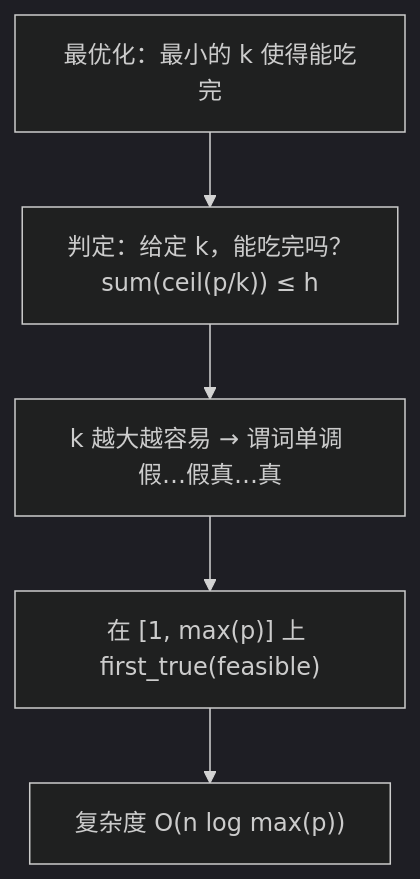
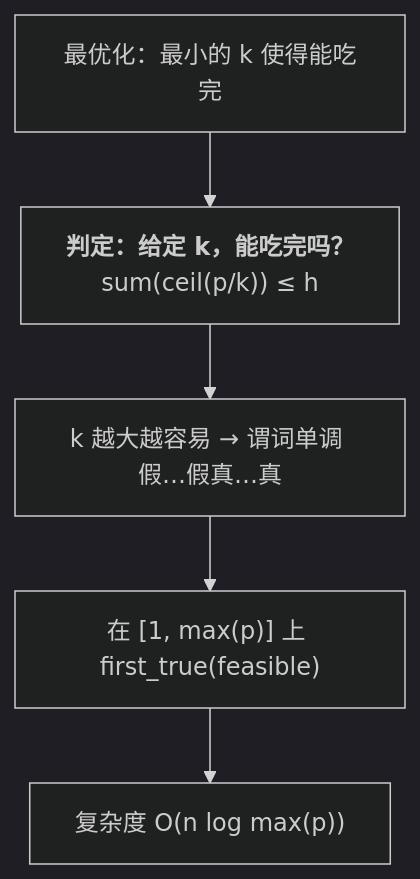
One commit to arganzheng/arganzheng.github.com changed the third of 5 diagrams in _posts/2025-12-08-coding-interview-binary-search.md. Above: the diagram before and after it, drawn with Mermaid (dark theme). The commit also changed 12 other files, not shown here.

First line of the commit message:
面试手撕代码：从 LeetCode 中等题到 Transformer 组件：Mermaid 多行方框的首行标为标题（13 篇）

````diff
--- a/_posts/2025-12-08-coding-interview-binary-search.md
+++ b/_posts/2025-12-08-coding-interview-binary-search.md
@@ -204,7 +204,7 @@
 ```mermaid
 flowchart TB
-    A["最优化：最小的 k 使得能吃完"] --> B["判定：给定 k，能吃完吗？<br>sum(ceil(p/k)) ≤ h"]
+    A["最优化：最小的 k 使得能吃完"] --> B["<b>判定：给定 k，能吃完吗？</b><br>sum(ceil(p/k)) ≤ h"]
     B --> C["k 越大越容易 → 谓词单调 假…假真…真"]
     C --> D["在 [1, max(p)] 上 first_true(feasible)"]
     D --> E["复杂度 O(n log max(p))"]
 ```
````
